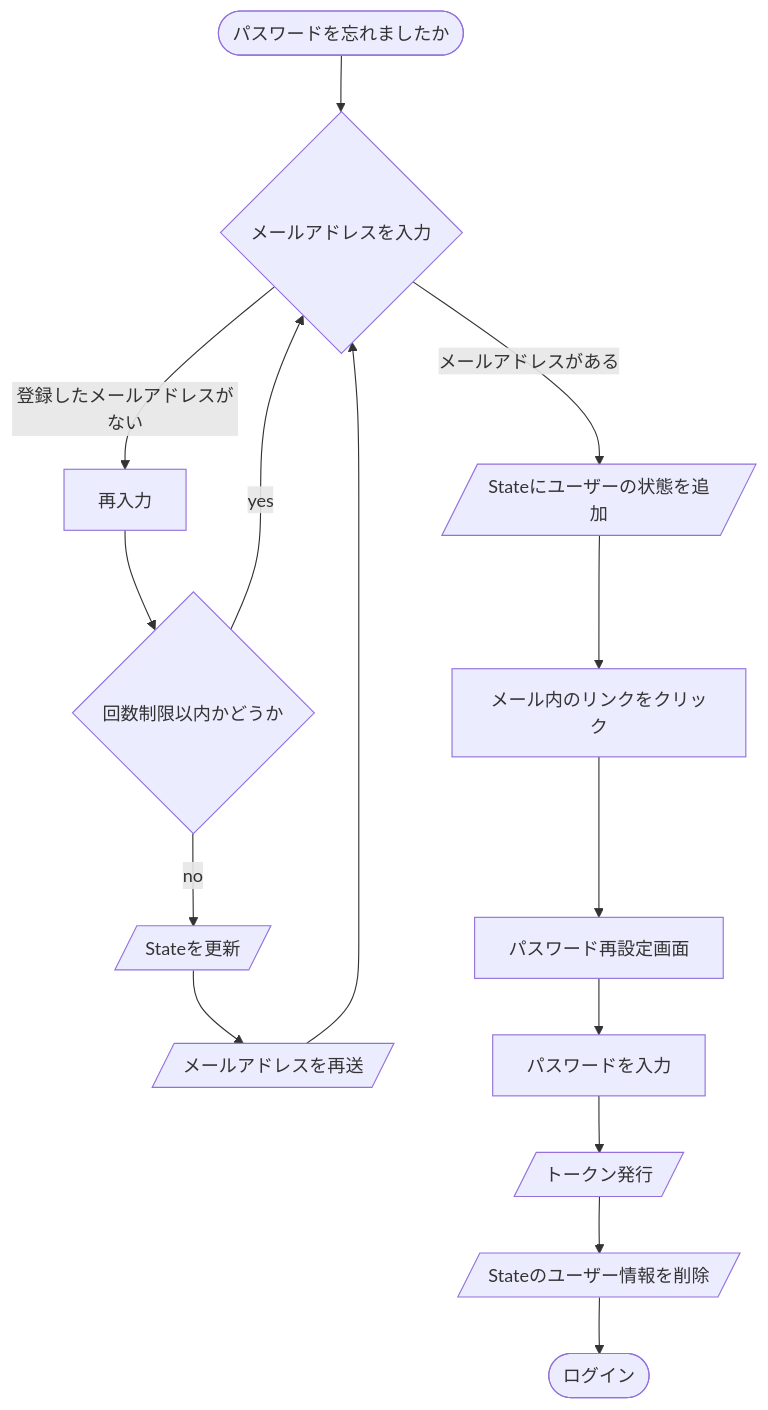
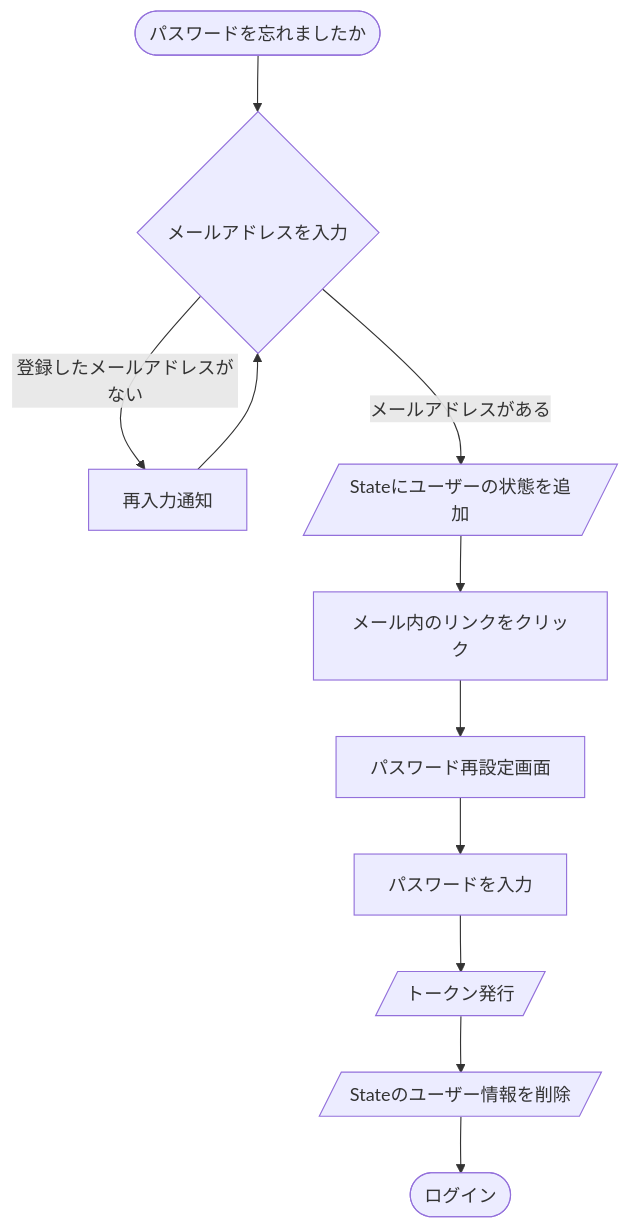
One commit to AkihitoNakano/web-portfolio changed the sixth of 8 diagrams in README.md. Above: the diagram before and after it, drawn with Mermaid. The commit also changed other lines of this file and 5 other files, not shown here.

````diff
--- a/README.md
+++ b/README.md
@@ -538,8 +563,7 @@
 ```mermaid
 flowchart TD
 start([パスワードを忘れましたか]) --> checkMail{メールアドレスを入力}
-checkMail --> |登録したメールアドレスがない|再入力 --> limit{回数制限以内かどうか} --> |yes| checkMail
-limit --> |no|updateState[/Stateを更新/] -->resendMail[/メールアドレスを再送/] --> checkMail
+checkMail --> |登録したメールアドレスがない|再入力通知--> checkMail
  -->|メールアドレスがある| addState[/Stateにユーザーの状態を追加/] --> メール内のリンクをクリック --> パスワード再設定画面 --> パスワードを入力 --> token[/トークン発行/] -->　delState[/Stateのユーザー情報を削除/] --> login([ログイン])
 
 ```
````
